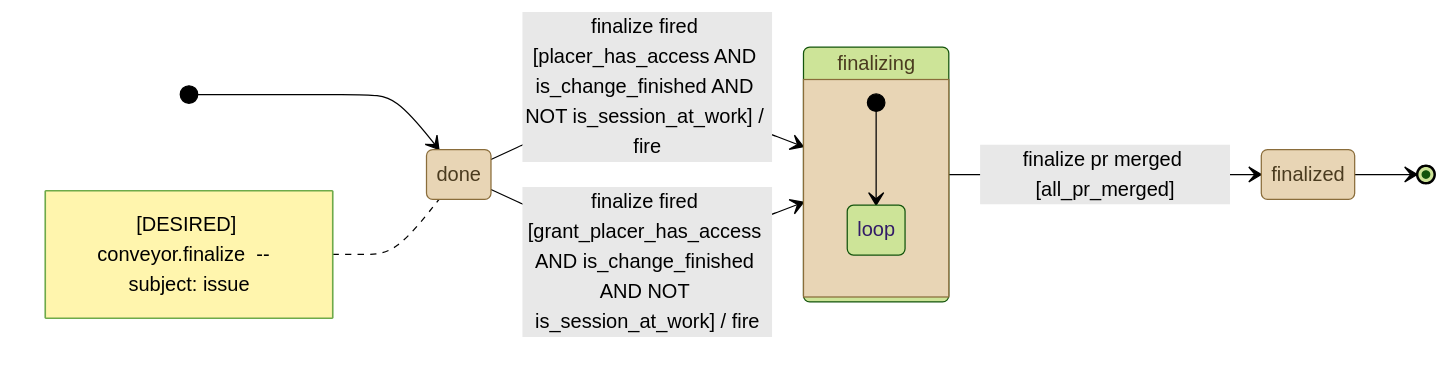
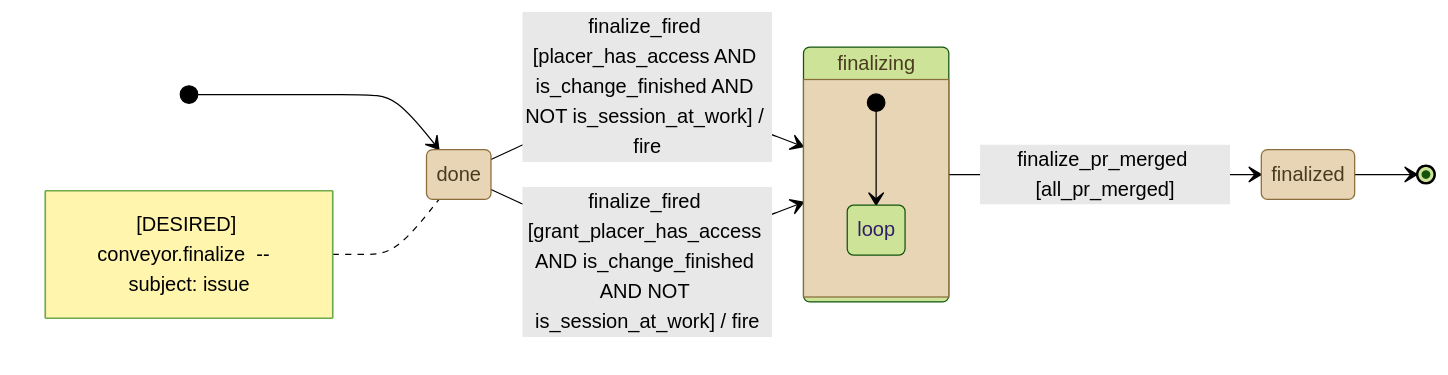
The diagram in .github/conveyor-model/mermaid/desired/conveyor_finalize.mmd (kostiantyn-matsebora/agent-ops-operator), drawn with Mermaid (forest theme) before and after one commit. The commit also changed 4 other files, not shown here.

```diff
--- a/.github/conveyor-model/mermaid/desired/conveyor_finalize.mmd
+++ b/.github/conveyor-model/mermaid/desired/conveyor_finalize.mmd
@@ -1,20 +1,20 @@
 stateDiagram-v2
     direction LR
     [*] --> done
     note left of done
         [DESIRED] conveyor.finalize  --  subject: issue
     end note
     classDef stationState fill:#e8d5b5,stroke:#8a6d3b,color:#4a3b1f
     classDef loopState fill:#c9e4de,stroke:#2f6b5e,color:#1a3b33
     state done
     state finalizing
     state finalized
-    done --> finalizing : finalize fired [placer_has_access AND is_change_finished AND NOT is_session_at_work] / fire
-    done --> finalizing : finalize fired [grant_placer_has_access AND is_change_finished AND NOT is_session_at_work] / fire
-    finalizing --> finalized : finalize pr merged [all_pr_merged]
+    done --> finalizing : finalize_fired [placer_has_access AND is_change_finished AND NOT is_session_at_work] / fire
+    done --> finalizing : finalize_fired [grant_placer_has_access AND is_change_finished AND NOT is_session_at_work] / fire
+    finalizing --> finalized : finalize_pr_merged [all_pr_merged]
     finalized --> [*]
     class done, finalizing, finalized stationState
     state finalizing {
         [*] --> loop
         state "loop" as loop
     }
```
